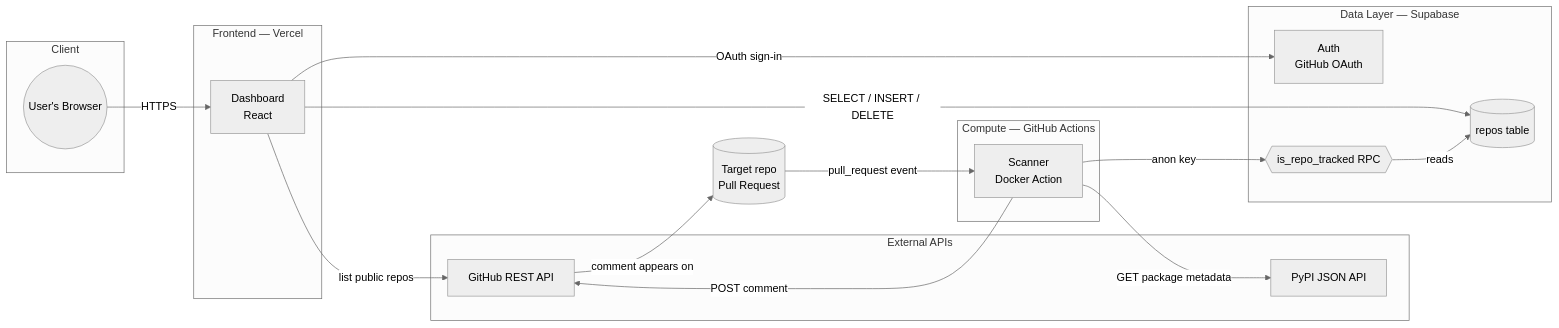
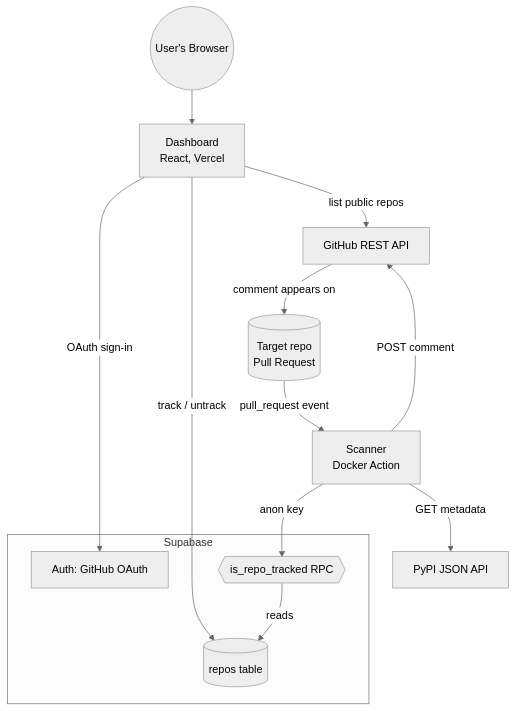
One commit to dxfeng/deprecation-auditor changed the diagram in README.md. Above: the diagram before and after it, drawn with Mermaid (neutral theme).

Commit message:
Simplified mermaid

````diff
--- a/README.md
+++ b/README.md
@@ -26,39 +26,21 @@
 ```mermaid
-flowchart LR
-    subgraph Client["Client"]
-        Browser((User's Browser))
-    end
+flowchart TD
+    Browser((User's Browser)) --> Dashboard[Dashboard\nReact, Vercel]
 
-    subgraph Frontend["Frontend — Vercel"]
-        Dashboard[Dashboard\nReact]
-    end
-
-    subgraph Compute["Compute — GitHub Actions"]
-        Scanner[Scanner\nDocker Action]
-    end
-
-    subgraph Data["Data Layer — Supabase"]
-        AuthSvc[Auth\nGitHub OAuth]
+    subgraph Supabase["Supabase"]
+        AuthSvc[Auth: GitHub OAuth]
         ReposTable[(repos table)]
         RPC{{is_repo_tracked RPC}}
     end
 
-    subgraph External["External APIs"]
-        GitHubAPI[GitHub REST API]
-        PyPIAPI[PyPI JSON API]
-    end
+    Dashboard -->|OAuth sign-in| AuthSvc
+    Dashboard -->|track / untrack| ReposTable
+    Dashboard -->|list public repos| GitHub[GitHub REST API]
 
-    Repo[(Target repo\nPull Request)]
-
-    Browser -->|HTTPS| Dashboard
-    Dashboard -->|OAuth sign-in| AuthSvc
-    Dashboard -->|SELECT / INSERT / DELETE| ReposTable
-    Dashboard -->|list public repos| GitHubAPI
-
-    Repo -->|pull_request event| Scanner
+    Repo[(Target repo\nPull Request)] -->|pull_request event| Scanner[Scanner\nDocker Action]
     Scanner -->|anon key| RPC
     RPC -->|reads| ReposTable
-    Scanner -->|GET package metadata| PyPIAPI
-    Scanner -->|POST comment| GitHubAPI
-    GitHubAPI -->|comment appears on| Repo
+    Scanner -->|GET metadata| PyPI[PyPI JSON API]
+    Scanner -->|POST comment| GitHub
+    GitHub -->|comment appears on| Repo
 ```
````
